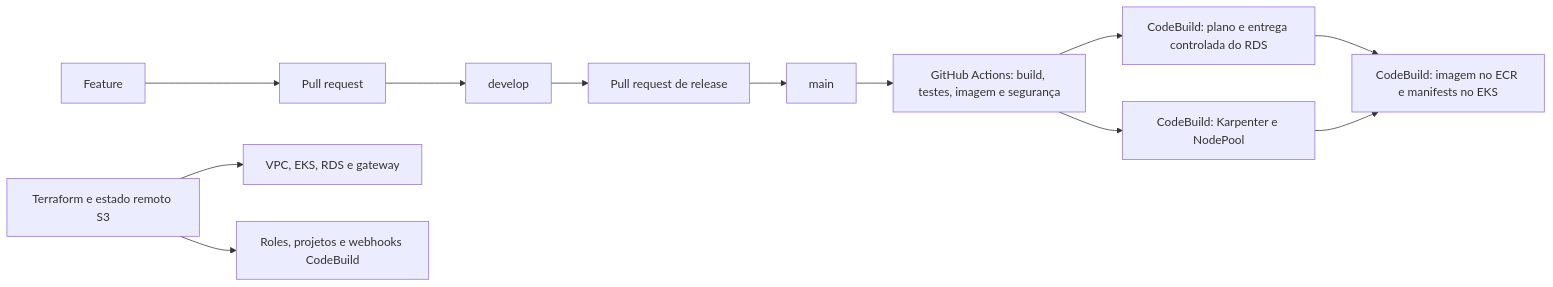
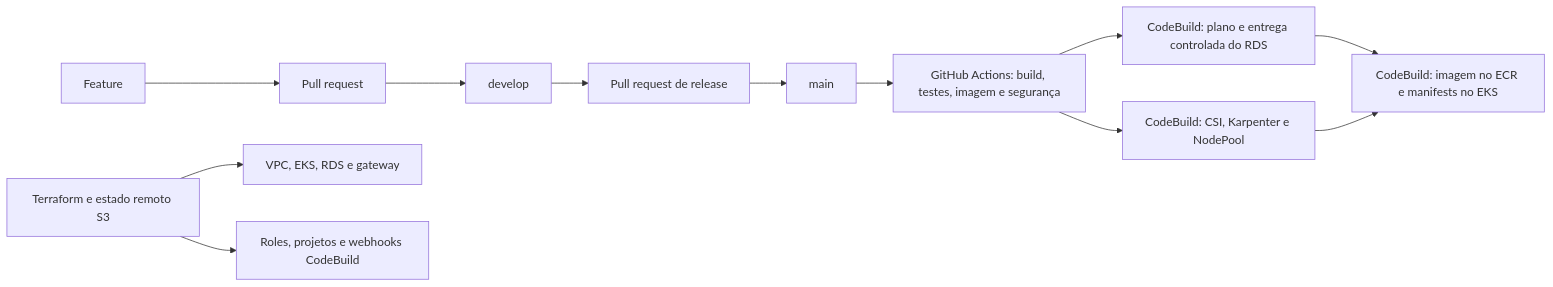
The second of 2 diagrams in docs/architecture/phase-2-proposed.md (IagoNovoaAntunes2001/garage-flow), drawn with Mermaid before and after one commit. The commit also changed other lines of this file and 18 other files, not shown here.

````diff
--- a/docs/architecture/phase-2-proposed.md
+++ b/docs/architecture/phase-2-proposed.md
@@ -41,12 +43,12 @@
 ```mermaid
 flowchart LR
     Feature[Feature] --> PR1[Pull request] --> Develop[develop]
     Develop --> PR2[Pull request de release] --> Main[main]
     Main --> Build[GitHub Actions: build, testes, imagem e segurança]
     Build --> DBJob[CodeBuild: plano e entrega controlada do RDS]
-    Build --> KJob[CodeBuild: Karpenter e NodePool]
+    Build --> KJob[CodeBuild: CSI, Karpenter e NodePool]
     DBJob --> Deploy[CodeBuild: imagem no ECR e manifests no EKS]
     KJob --> Deploy
     Terraform[Terraform e estado remoto S3] --> VPC[VPC, EKS, RDS e gateway]
     Terraform --> Runners[Roles, projetos e webhooks CodeBuild]
 ```
````
